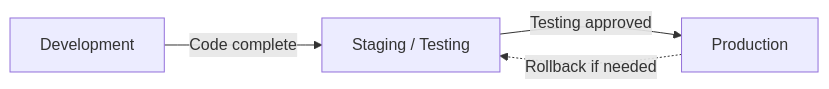
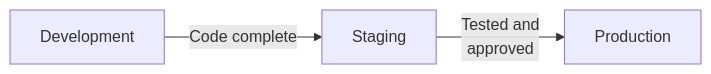
One commit to subwaymatch/cpabear-book changed the diagram in docs/isc/information-systems/change-management.md. Above: the diagram before and after it, drawn with Mermaid. The commit also changed other lines of this file and 204 other files, not shown here.

First line of the commit message:
Update the book for the 2027 CPA Exam Blueprints, fix dark-mode diagrams, add diagram zoom (#49)

````diff
--- a/docs/isc/information-systems/change-management.md
+++ b/docs/isc/information-systems/change-management.md
@@ -76,6 +57,5 @@
 ```mermaid
 graph LR
-    A["Development"] -->|"Code complete"| B["Staging / Testing"]
-    B -->|"Testing approved"| C["Production"]
-    C -.->|"Rollback if needed"| B
+    A["Development"] -->|"Code complete"| B["Staging"]
+    B -->|"Tested and<br/>approved"| C["Production"]
 ```
````
